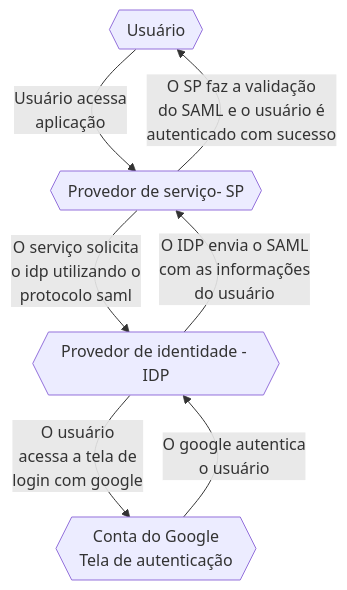
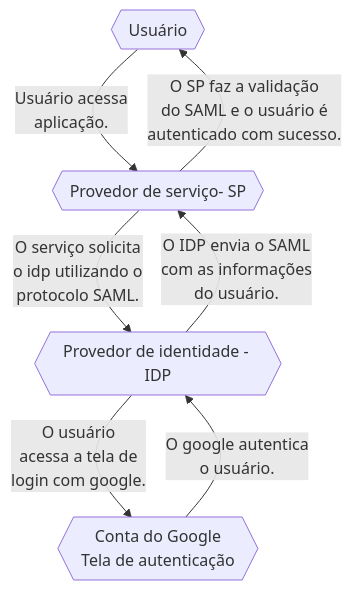
The diagram in readme.md (juuhcsr/GWAC), drawn with Mermaid before and after one commit. The commit also changed other lines of this file, not shown here.

````diff
--- a/readme.md
+++ b/readme.md
@@ -94,23 +93,23 @@
 ```mermaid
 flowchart 
 
 
     A{{Usuário}} --"Usuário acessa
- aplicação"--> B{{Provedor de serviço- SP }}
+ aplicação."--> B{{Provedor de serviço- SP }}
     B --"O serviço solicita
  o idp utilizando o 
-protocolo saml"--> C{{Provedor de identidade - IDP }}
+protocolo SAML."--> C{{Provedor de identidade - IDP }}
     C --"O usuário 
 acessa a tela de 
-login com google"--> D{{"`Conta do Google 
+login com google."--> D{{"`Conta do Google 
 Tela de autenticação`"}}
     D --"O google autentica
- o usuário"--> C
+ o usuário."--> C
     C --"O IDP envia o SAML
  com as informações 
-do usuário"--> B
+do usuário."--> B
 
 B --"O SP faz a validação
  do SAML e o usuário é
- autenticado com sucesso"-->A
+ autenticado com sucesso."-->A
 ```
````
